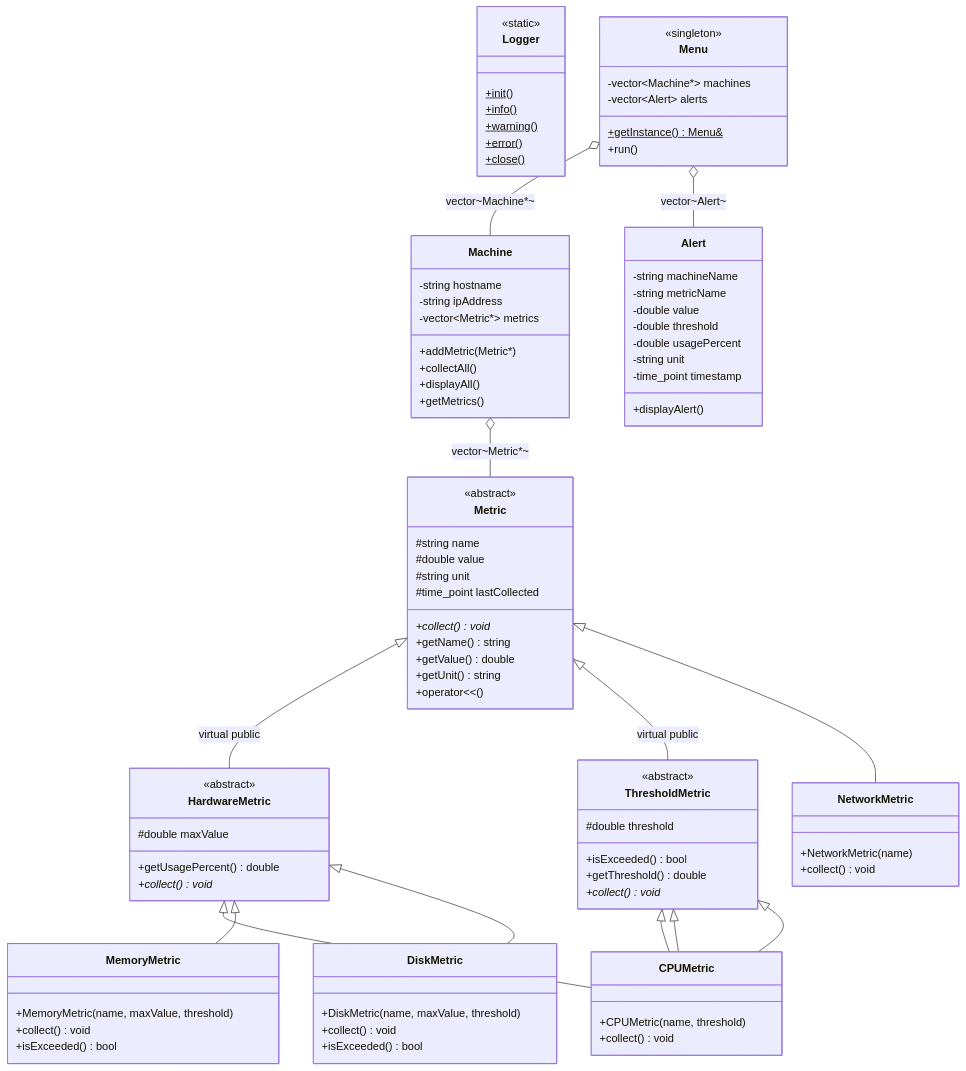
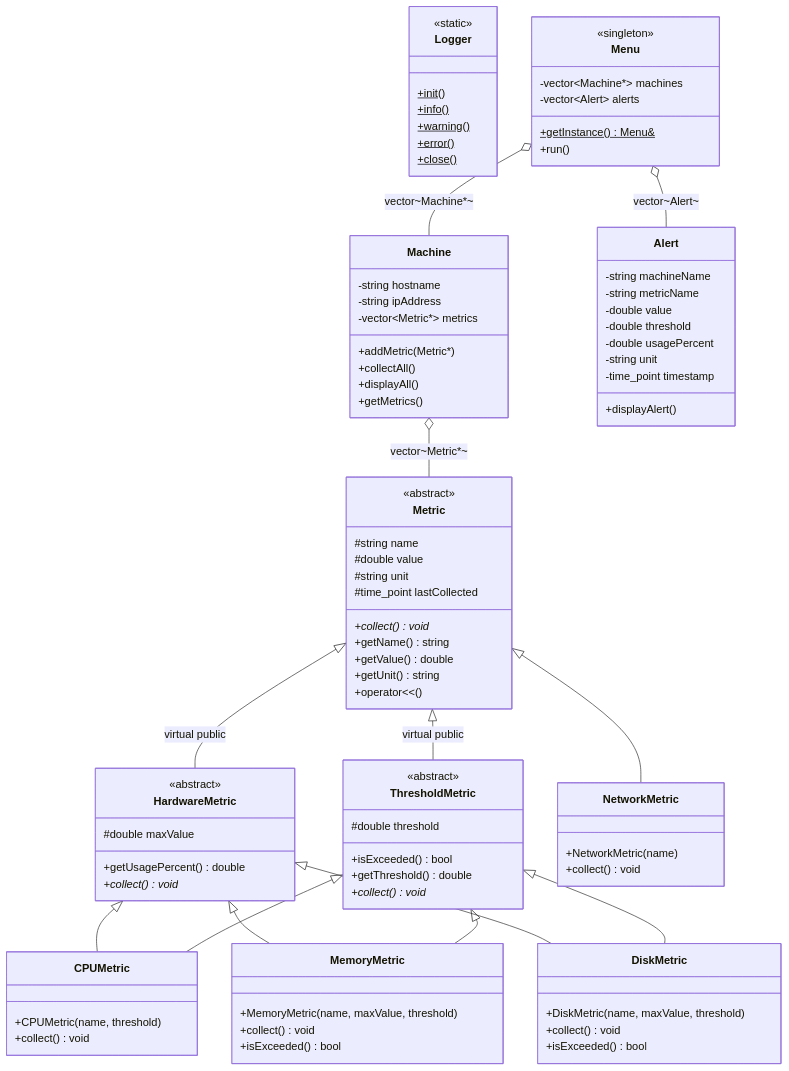
One commit to CristianBudala/Argus-OOP-Project changed the first of 2 diagrams in README.md. Above: the diagram before and after it, drawn with Mermaid.

```diff
--- a/README.md
+++ b/README.md
@@ -113,8 +113,8 @@
     HardwareMetric <|-- DiskMetric
 
     ThresholdMetric <|-- CPUMetric
-    ThresholdMetric <|-- CPUMetric
-    ThresholdMetric <|-- CPUMetric
+    ThresholdMetric <|-- MemoryMetric
+    ThresholdMetric <|-- DiskMetric
 
     Machine o-- Metric : vector~Metric*~
     Menu o-- Machine : vector~Machine*~
```
